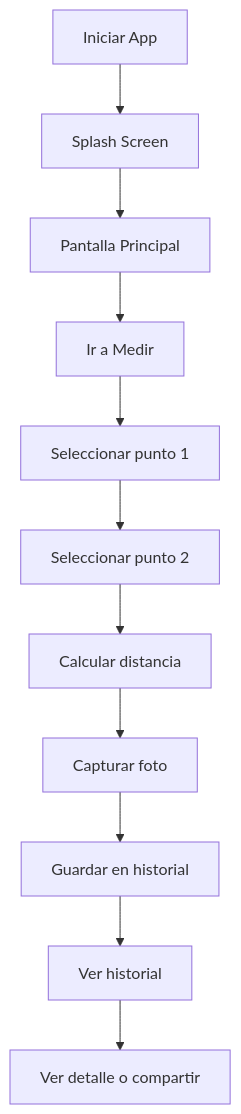
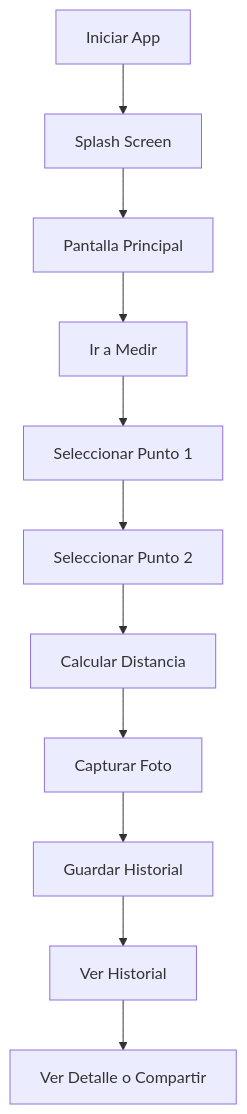
One commit to Poketeam8/ARMeasure changed the second of 2 diagrams in README.md. Above: the diagram before and after it, drawn with Mermaid. The commit also changed other lines of this file and 2 other files, not shown here.

````diff
--- a/README.md
+++ b/README.md
@@ -40,13 +161,13 @@
 ```mermaid
 flowchart TD
     A[Iniciar App] --> B[Splash Screen]
     B --> C[Pantalla Principal]
     C --> D[Ir a Medir]
-    D --> E[Seleccionar punto 1]
-    E --> F[Seleccionar punto 2]
-    F --> G[Calcular distancia]
-    G --> H[Capturar foto]
-    H --> I[Guardar en historial]
-    I --> J[Ver historial]
-    J --> K[Ver detalle o compartir]
+    D --> E[Seleccionar Punto 1]
+    E --> F[Seleccionar Punto 2]
+    F --> G[Calcular Distancia]
+    G --> H[Capturar Foto]
+    H --> I[Guardar Historial]
+    I --> J[Ver Historial]
+    J --> K[Ver Detalle o Compartir]
 ```
````
